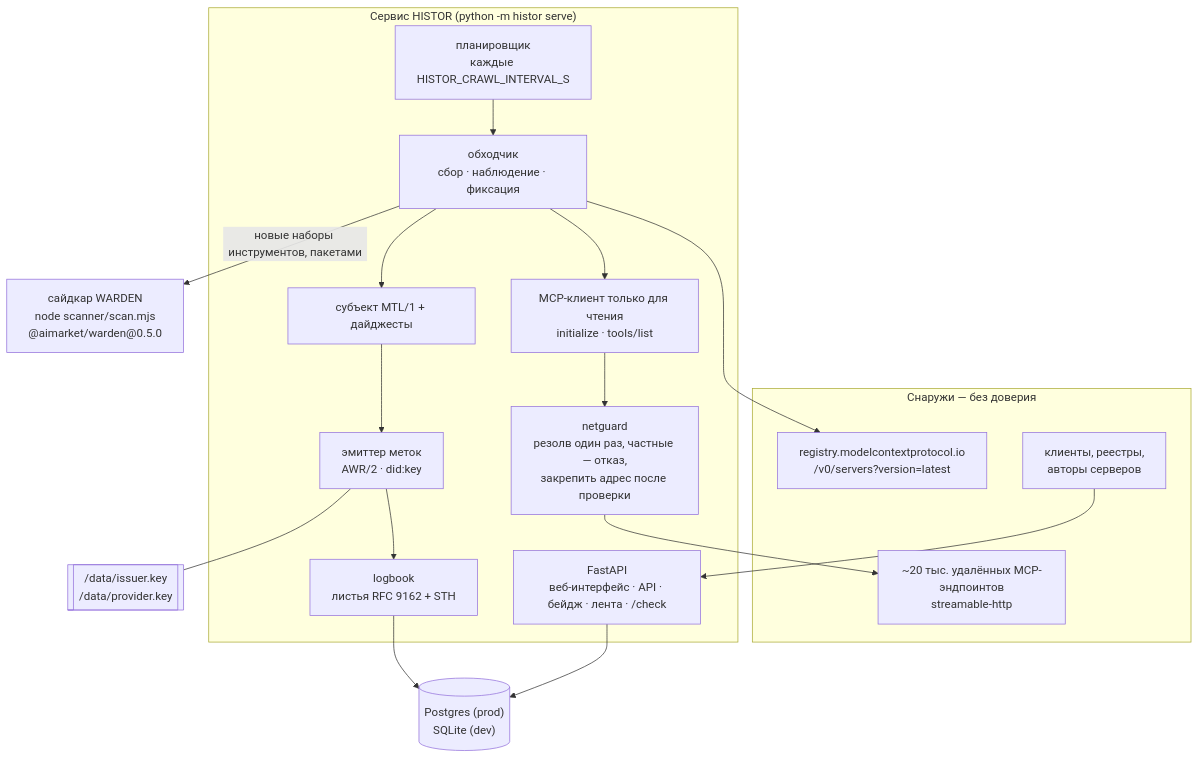
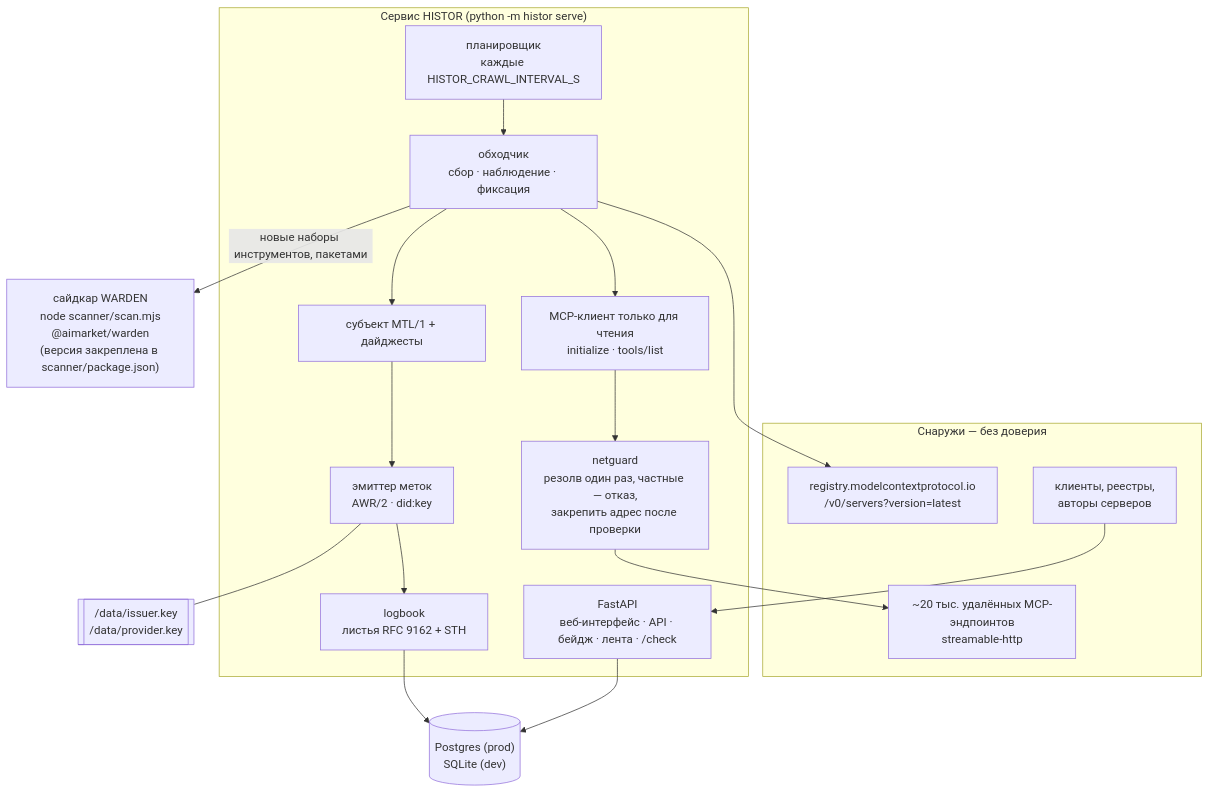
The first of 4 diagrams in docs/architecture.ru.md (alexar76/histor), drawn with Mermaid before and after one commit. The commit also changed 14 other files, not shown here.

````diff
--- a/docs/architecture.ru.md
+++ b/docs/architecture.ru.md
@@ -9,30 +9,30 @@
 ```mermaid
 flowchart TB
     subgraph Outside["Снаружи — без доверия"]
         REG["registry.modelcontextprotocol.io<br/>/v0/servers?version=latest"]
         MCP["~20 тыс. удалённых MCP-эндпоинтов<br/>streamable-http"]
         CLIENT["клиенты, реестры,<br/>авторы серверов"]
     end
     subgraph Service["Сервис HISTOR (python -m histor serve)"]
         SCHED["планировщик<br/>каждые HISTOR_CRAWL_INTERVAL_S"]
         CRAWL["обходчик<br/>сбор · наблюдение · фиксация"]
         GUARD["netguard<br/>резолв один раз, частные — отказ,<br/>закрепить адрес после проверки"]
         READER["MCP-клиент только для чтения<br/>initialize · tools/list"]
         SUBJ["субъект MTL/1 + дайджесты"]
         LABELS["эмиттер меток<br/>AWR/2 · did:key"]
         LOG["logbook<br/>листья RFC 9162 + STH"]
         API["FastAPI<br/>веб-интерфейс · API · бейдж · лента · /check"]
     end
-    SIDE["сайдкар WARDEN<br/>node scanner/scan.mjs<br/>@aimarket/warden@0.5.0"]
+    SIDE["сайдкар WARDEN<br/>node scanner/scan.mjs<br/>@aimarket/warden<br/>(версия закреплена в scanner/package.json)"]
     DB[("Postgres (prod)<br/>SQLite (dev)")]
     KEY[["/data/issuer.key<br/>/data/provider.key"]]
 
     SCHED --> CRAWL
     CRAWL --> REG
     CRAWL --> READER --> GUARD --> MCP
     CRAWL --> SUBJ --> LABELS --> LOG --> DB
     CRAWL -- "новые наборы инструментов, пакетами" --> SIDE
     LABELS --- KEY
     API --> DB
     CLIENT --> API
 ```
````
